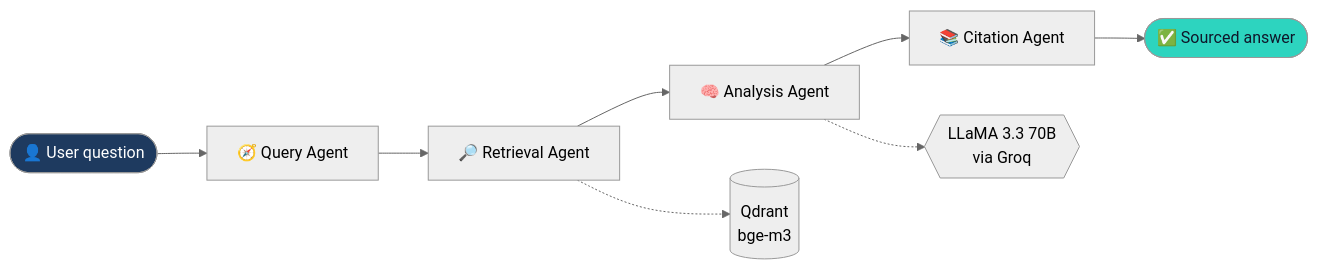
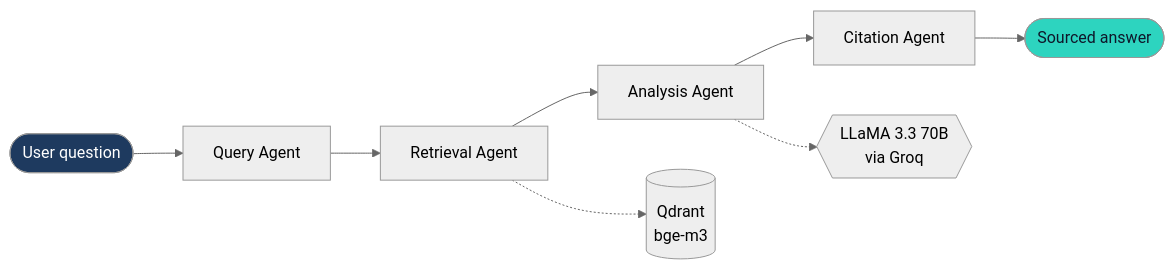
Before and after one commit to Ikram-Saidane/Ikram-Saidane: the diagram in README.md, drawn with Mermaid (neutral theme). The commit also changed other lines of this file, not shown here.

````diff
--- a/README.md
+++ b/README.md
@@ -43,12 +43,12 @@
 ```mermaid
 flowchart LR
-    U([👤 User question]) --> Q[🧭 Query Agent]
-    Q --> R[🔎 Retrieval Agent]
-    R --> A[🧠 Analysis Agent]
-    A --> C[📚 Citation Agent]
-    C --> O([✅ Sourced answer])
+    U([User question]) --> Q[Query Agent]
+    Q --> R[Retrieval Agent]
+    R --> A[Analysis Agent]
+    A --> C[Citation Agent]
+    C --> O([Sourced answer])
     R -.-> V[(Qdrant<br/>bge-m3)]
     A -.-> L{{LLaMA 3.3 70B<br/>via Groq}}
     style U fill:#1E3A5F,color:#fff
     style O fill:#2DD4BF,color:#0F172A
 ```
````
